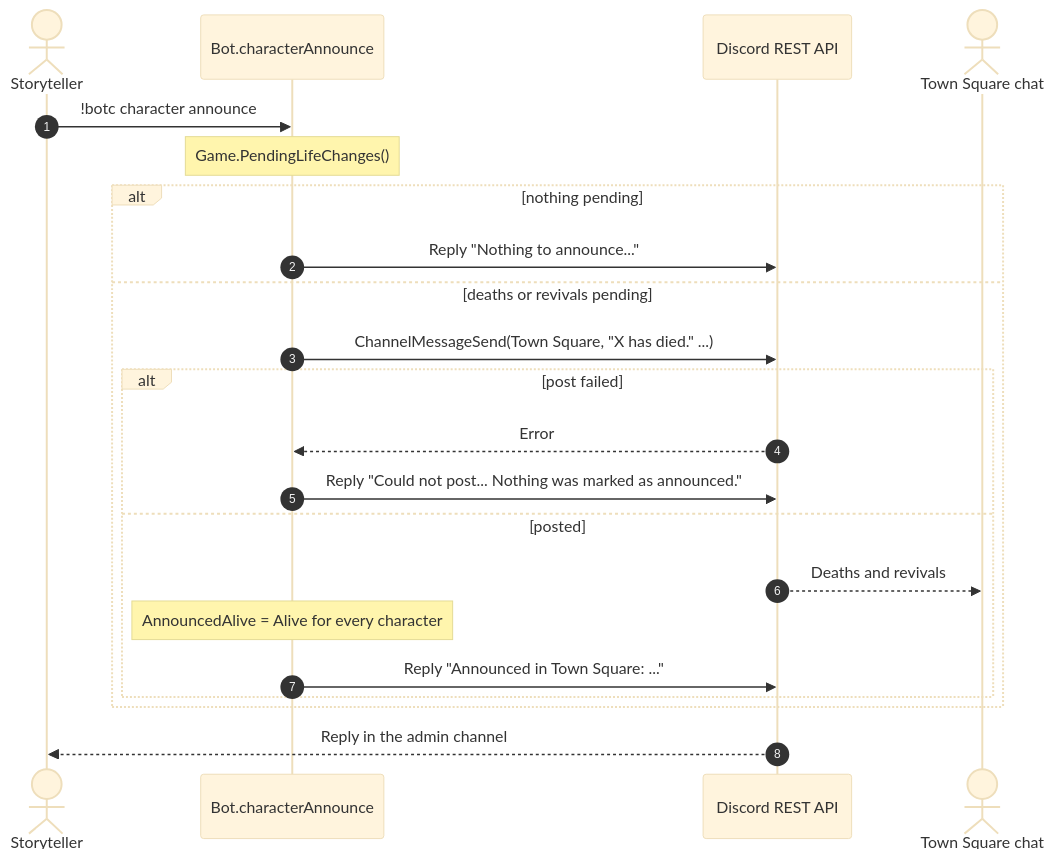
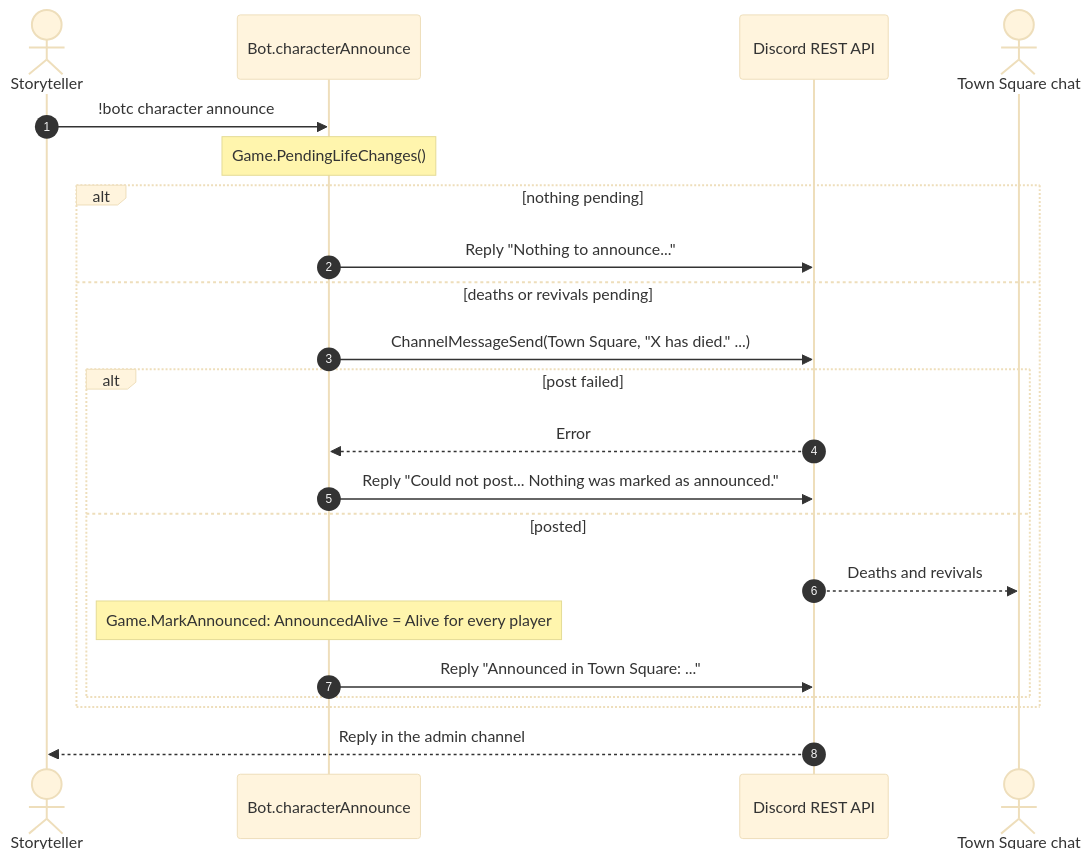
One commit to RAGNOARAKNOS/BotOnTheClocktower changed the sixth of 9 diagrams in docs/uml/characters.md. Above: the diagram before and after it, drawn with Mermaid (base theme). The commit also changed other lines of this file and 32 other files, not shown here.

````diff
--- a/docs/uml/characters.md
+++ b/docs/uml/characters.md
@@ -145,25 +144,25 @@
 ```mermaid
 sequenceDiagram
     autonumber
     actor ST as Storyteller
     participant Bot as Bot.characterAnnounce
     participant REST as Discord REST API
     actor Town as Town Square chat
 
     ST->>Bot: !botc character announce
     Note over Bot: Game.PendingLifeChanges()
     alt nothing pending
         Bot->>REST: Reply "Nothing to announce..."
     else deaths or revivals pending
         Bot->>REST: ChannelMessageSend(Town Square, "X has died." ...)
         alt post failed
             REST-->>Bot: Error
             Bot->>REST: Reply "Could not post... Nothing was marked as announced."
         else posted
             REST-->>Town: Deaths and revivals
-            Note over Bot: AnnouncedAlive = Alive for every character
+            Note over Bot: Game.MarkAnnounced: AnnouncedAlive = Alive for every player
             Bot->>REST: Reply "Announced in Town Square: ..."
         end
     end
     REST-->>ST: Reply in the admin channel
 ```
````
